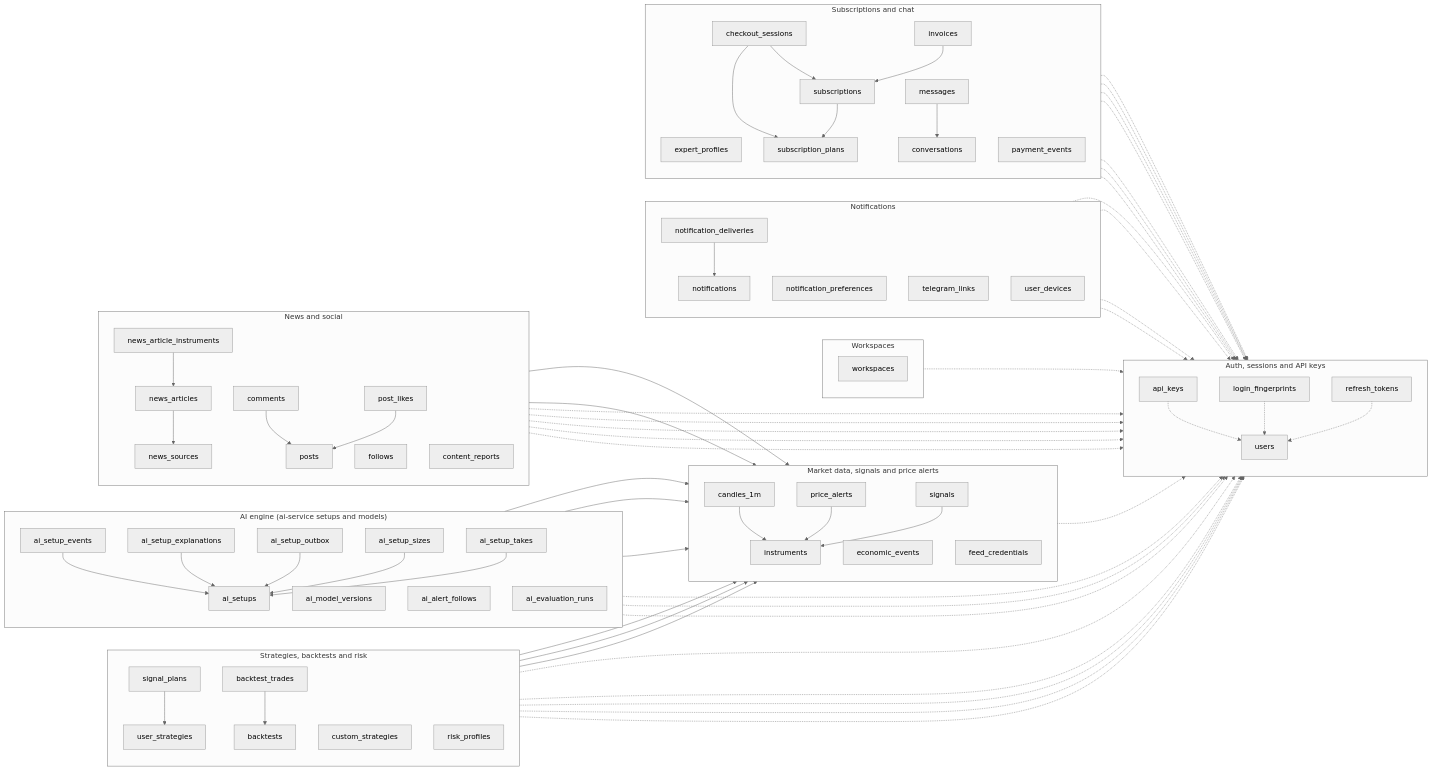
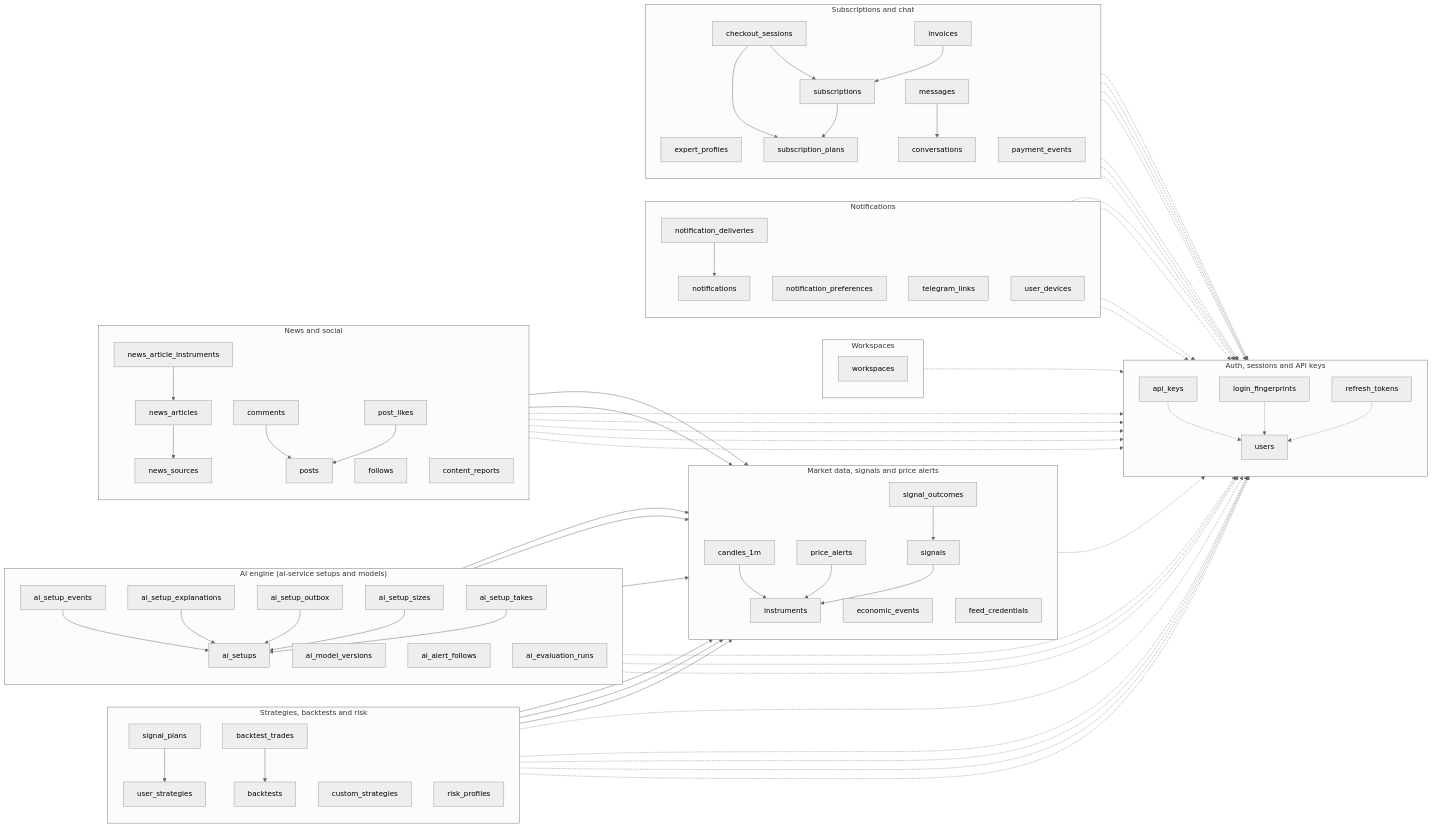
One commit to yazan-alsamman/ai-trading-analysis-system changed the diagram in docs/erd/mmd/overview.mmd. Above: the diagram before and after it, drawn with Mermaid (neutral theme). The commit also changed 8 other files, not shown here.

First line of the commit message:
Docs: predictions.md, regenerated OpenAPI and ERD (signal_outcomes)

```diff
--- a/docs/erd/mmd/overview.mmd
+++ b/docs/erd/mmd/overview.mmd
@@ -1,129 +1,131 @@
 flowchart LR
     subgraph domain_auth["Auth, sessions and API keys"]
         direction TB
         users[users]
         refresh_tokens[refresh_tokens]
         api_keys[api_keys]
         login_fingerprints[login_fingerprints]
     end
     subgraph domain_market["Market data, signals and price alerts"]
         direction TB
         instruments[instruments]
         candles_1m[candles_1m]
         signals[signals]
+        signal_outcomes[signal_outcomes]
         price_alerts[price_alerts]
         economic_events[economic_events]
         feed_credentials[feed_credentials]
     end
     subgraph domain_strategies["Strategies, backtests and risk"]
         direction TB
         user_strategies[user_strategies]
         custom_strategies[custom_strategies]
         backtests[backtests]
         backtest_trades[backtest_trades]
         risk_profiles[risk_profiles]
         signal_plans[signal_plans]
     end
     subgraph domain_ai["AI engine (ai-service setups and models)"]
         direction TB
         ai_setups[ai_setups]
         ai_setup_events[ai_setup_events]
         ai_model_versions[ai_model_versions]
         ai_setup_sizes[ai_setup_sizes]
         ai_setup_takes[ai_setup_takes]
         ai_setup_explanations[ai_setup_explanations]
         ai_setup_outbox[ai_setup_outbox]
         ai_alert_follows[ai_alert_follows]
         ai_evaluation_runs[ai_evaluation_runs]
     end
     subgraph domain_workspaces["Workspaces"]
         direction TB
         workspaces[workspaces]
     end
     subgraph domain_notifications["Notifications"]
         direction TB
         notifications[notifications]
         notification_deliveries[notification_deliveries]
         notification_preferences[notification_preferences]
         telegram_links[telegram_links]
         user_devices[user_devices]
     end
     subgraph domain_social["News and social"]
         direction TB
         news_sources[news_sources]
         news_articles[news_articles]
         news_article_instruments[news_article_instruments]
         posts[posts]
         comments[comments]
         post_likes[post_likes]
         follows[follows]
         content_reports[content_reports]
     end
     subgraph domain_subscriptions["Subscriptions and chat"]
         direction TB
         expert_profiles[expert_profiles]
         subscription_plans[subscription_plans]
         subscriptions[subscriptions]
         invoices[invoices]
         checkout_sessions[checkout_sessions]
         payment_events[payment_events]
         conversations[conversations]
         messages[messages]
     end
     ai_alert_follows --> instruments
     ai_alert_follows -.-> users
     ai_evaluation_runs --> instruments
     ai_setup_events --> ai_setups
     ai_setup_explanations --> ai_setups
     ai_setup_outbox --> ai_setups
     ai_setup_sizes --> ai_setups
     ai_setup_sizes -.-> users
     ai_setup_takes --> ai_setups
     ai_setup_takes -.-> users
     ai_setups --> instruments
     api_keys -.-> users
     backtest_trades --> backtests
     backtests --> instruments
     backtests -.-> users
     candles_1m --> instruments
     checkout_sessions --> subscription_plans
     checkout_sessions --> subscriptions
     checkout_sessions -.-> users
     comments --> posts
     comments -.-> users
     content_reports -.-> users
     conversations -.-> users
     custom_strategies -.-> users
     expert_profiles -.-> users
     follows -.-> users
     invoices --> subscriptions
     invoices -.-> users
     login_fingerprints -.-> users
     messages --> conversations
     messages -.-> users
     news_article_instruments --> instruments
     news_article_instruments --> news_articles
     news_articles --> news_sources
     notification_deliveries --> notifications
     notification_preferences -.-> users
     notifications -.-> users
     post_likes --> posts
     post_likes -.-> users
     posts --> instruments
     posts -.-> users
     price_alerts --> instruments
     price_alerts -.-> users
     refresh_tokens -.-> users
     risk_profiles -.-> users
+    signal_outcomes --> signals
     signal_plans --> signals
     signal_plans --> user_strategies
     signal_plans -.-> users
     signals --> instruments
     subscription_plans -.-> users
     subscriptions --> subscription_plans
     subscriptions -.-> users
     telegram_links -.-> users
     user_devices -.-> users
     user_strategies --> instruments
     user_strategies -.-> users
     workspaces -.-> users
```
